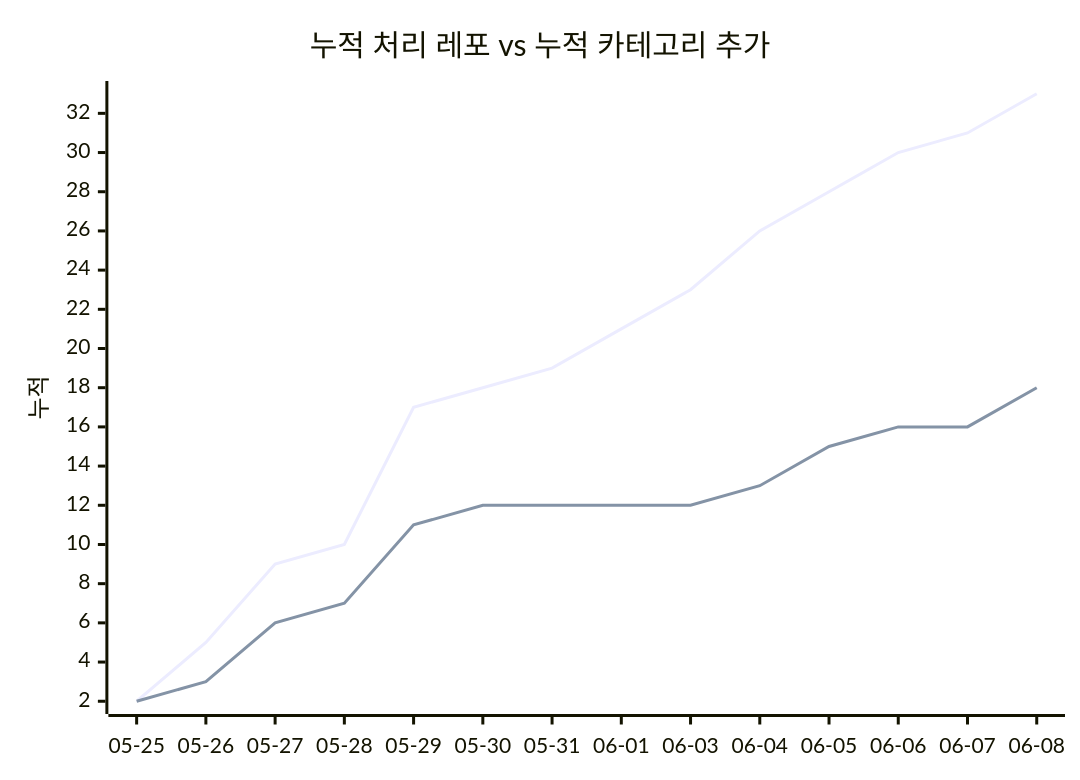
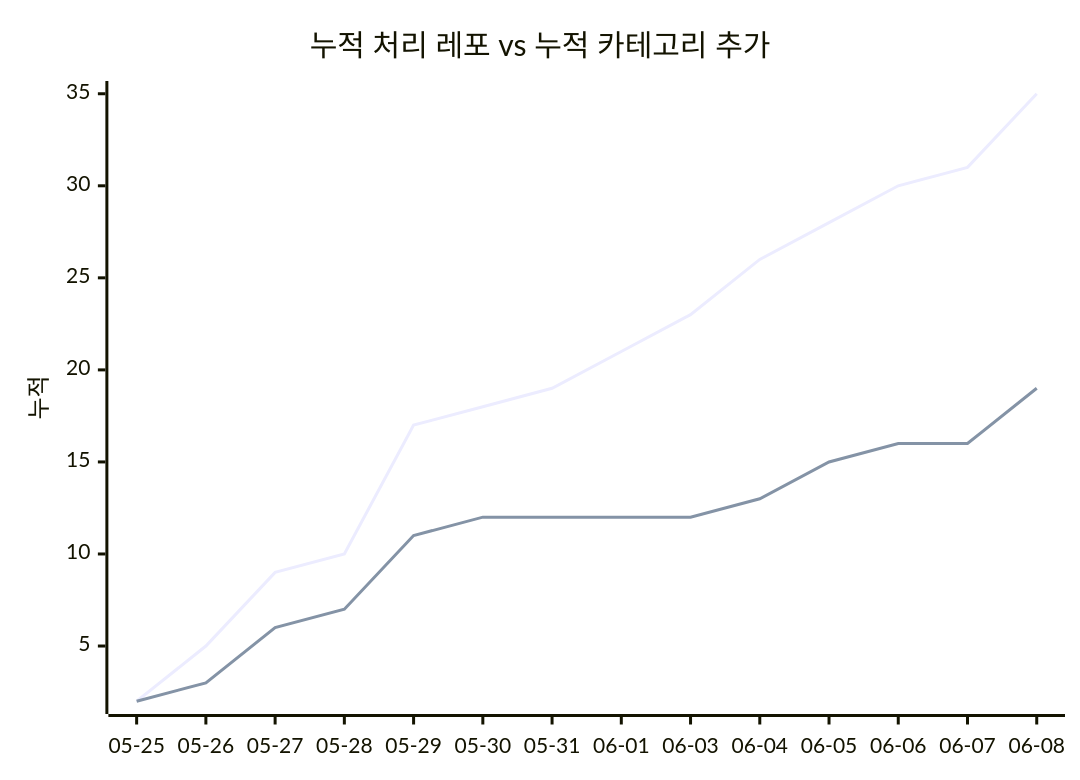
Before and after one commit to J-nowcow/awesome-korean-agent-skills: the second of 2 diagrams in docs/trends.md, drawn with Mermaid. The commit also changed other lines of this file and 4 other files, not shown here.

````diff
--- a/docs/trends.md
+++ b/docs/trends.md
@@ -68,8 +68,8 @@
 ```mermaid
 xychart-beta
     title "누적 처리 레포 vs 누적 카테고리 추가"
     x-axis ["05-25","05-26","05-27","05-28","05-29","05-30","05-31","06-01","06-03","06-04","06-05","06-06","06-07","06-08"]
     y-axis "누적"
-    line [2,5,9,10,17,18,19,21,23,26,28,30,31,33]
-    line [2,3,6,7,11,12,12,12,12,13,15,16,16,18]
+    line [2,5,9,10,17,18,19,21,23,26,28,30,31,35]
+    line [2,3,6,7,11,12,12,12,12,13,15,16,16,19]
 ```
````
